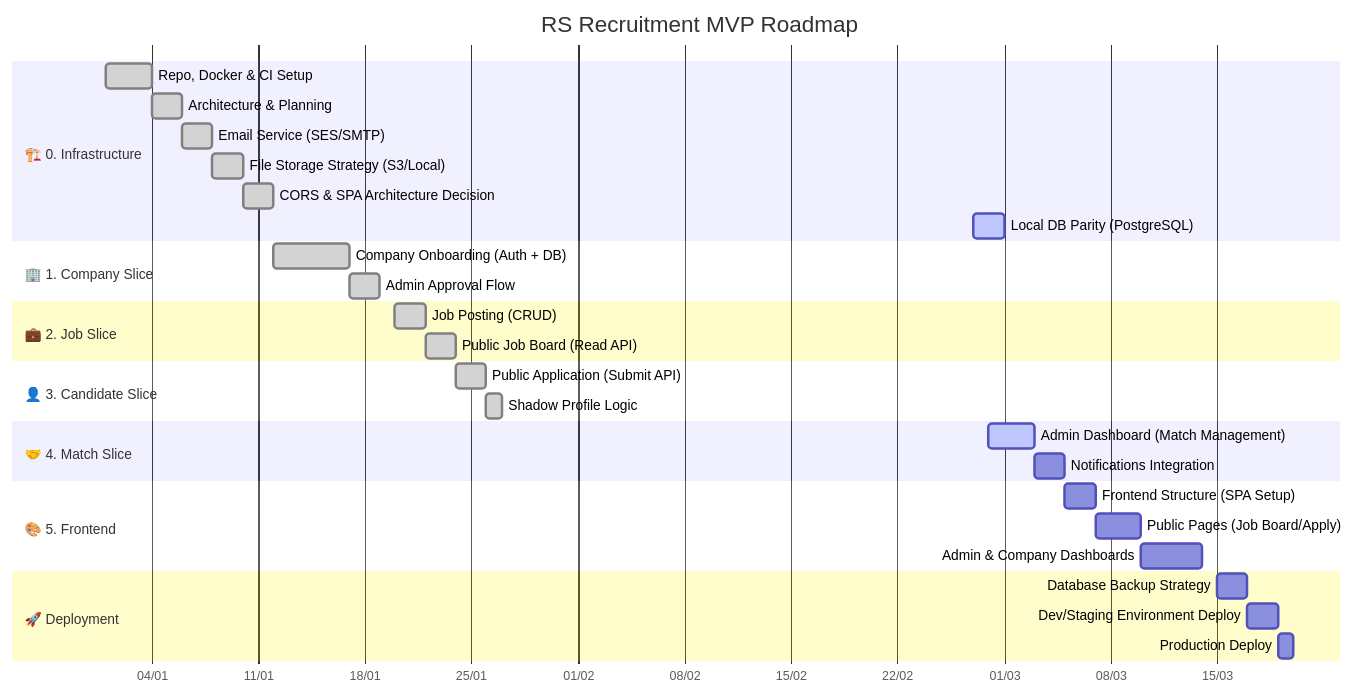
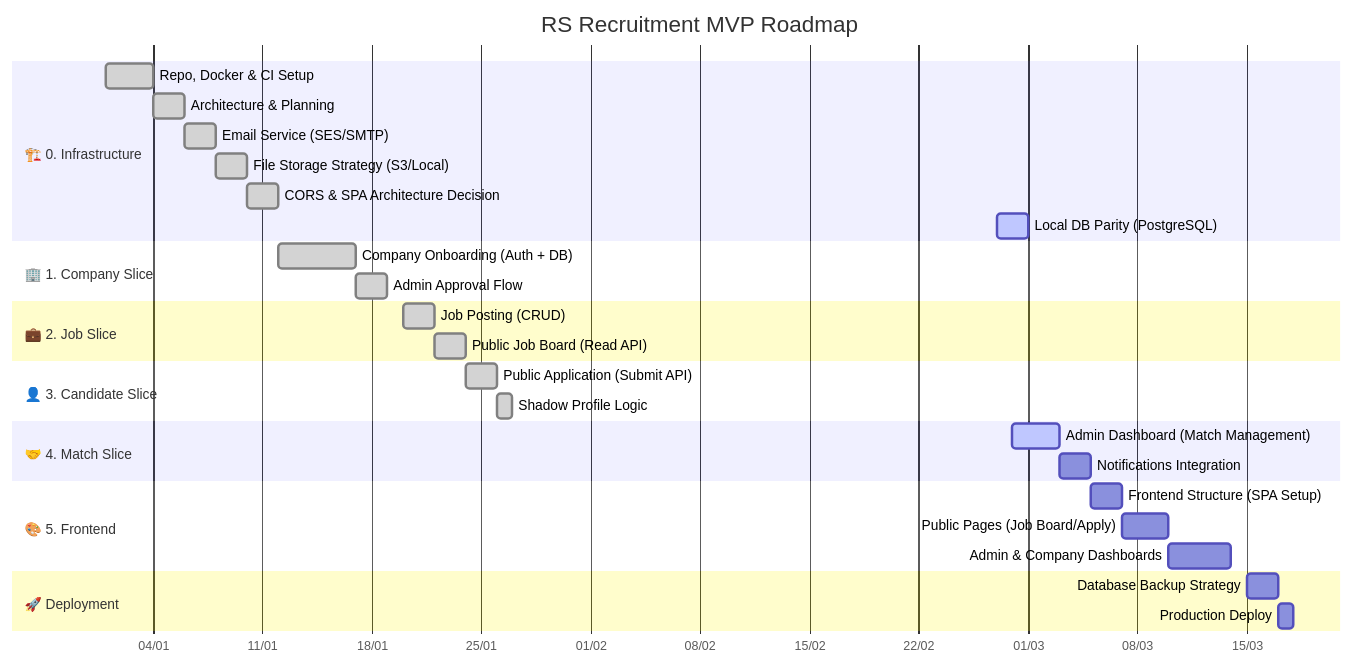
The diagram in docs/ROADMAP.md (lahavrud/rs-recruitment), drawn with Mermaid before and after one commit. The commit also changed 2 other files, not shown here.

Commit message:
chore(docs): move dev/staging deployment issues to icebox (#160)

````diff
--- a/docs/ROADMAP.md
+++ b/docs/ROADMAP.md
@@ -27,41 +27,40 @@
 ```mermaid
 gantt
     title RS Recruitment MVP Roadmap
     dateFormat  YYYY-MM-DD
     axisFormat  %d/%m
 
     section 🏗️ 0. Infrastructure
     Repo, Docker & CI Setup           :done,    infra1, 2026-01-01, 3d
     Architecture & Planning           :done,    infra2, after infra1, 2d
     Email Service (SES/SMTP)          :done,    infra5, 2026-01-06, 2d
     File Storage Strategy (S3/Local)  :done,    infra6, after infra5, 2d
     CORS & SPA Architecture Decision  :done,    infra7, after infra6, 2d
     Local DB Parity (PostgreSQL)      :active,  infra9, 2026-02-27, 2d
 
     section 🏢 1. Company Slice
     Company Onboarding (Auth + DB)    :done,    feat1, 2026-01-12, 5d
     Admin Approval Flow               :done,    feat2, after feat1, 2d
 
     section 💼 2. Job Slice
     Job Posting (CRUD)                :done,    feat3, 2026-01-20, 2d
     Public Job Board (Read API)       :done,    feat4, after feat3, 2d
 
     section 👤 3. Candidate Slice
     Public Application (Submit API)   :done,    feat5, 2026-01-24, 2d
     Shadow Profile Logic              :done,    feat6, after feat5, 1d
 
     section 🤝 4. Match Slice
     Admin Dashboard (Match Management):active,  feat7, 2026-02-28, 3d
     Notifications Integration         :         feat8, after feat7, 2d
 
     section 🎨 5. Frontend
     Frontend Structure (SPA Setup)    :         frontend1, 2026-03-05, 2d
     Public Pages (Job Board/Apply)    :         frontend2, after frontend1, 3d
     Admin & Company Dashboards        :         frontend3, after frontend2, 4d
 
     section 🚀 Deployment
     Database Backup Strategy          :         devops1, 2026-03-15, 2d
-    Dev/Staging Environment Deploy    :         devops2, after devops1, 2d
-    Production Deploy                 :         deploy1, after devops2, 1d
+    Production Deploy                 :         deploy1, after devops1, 1d
 
 ```
````
